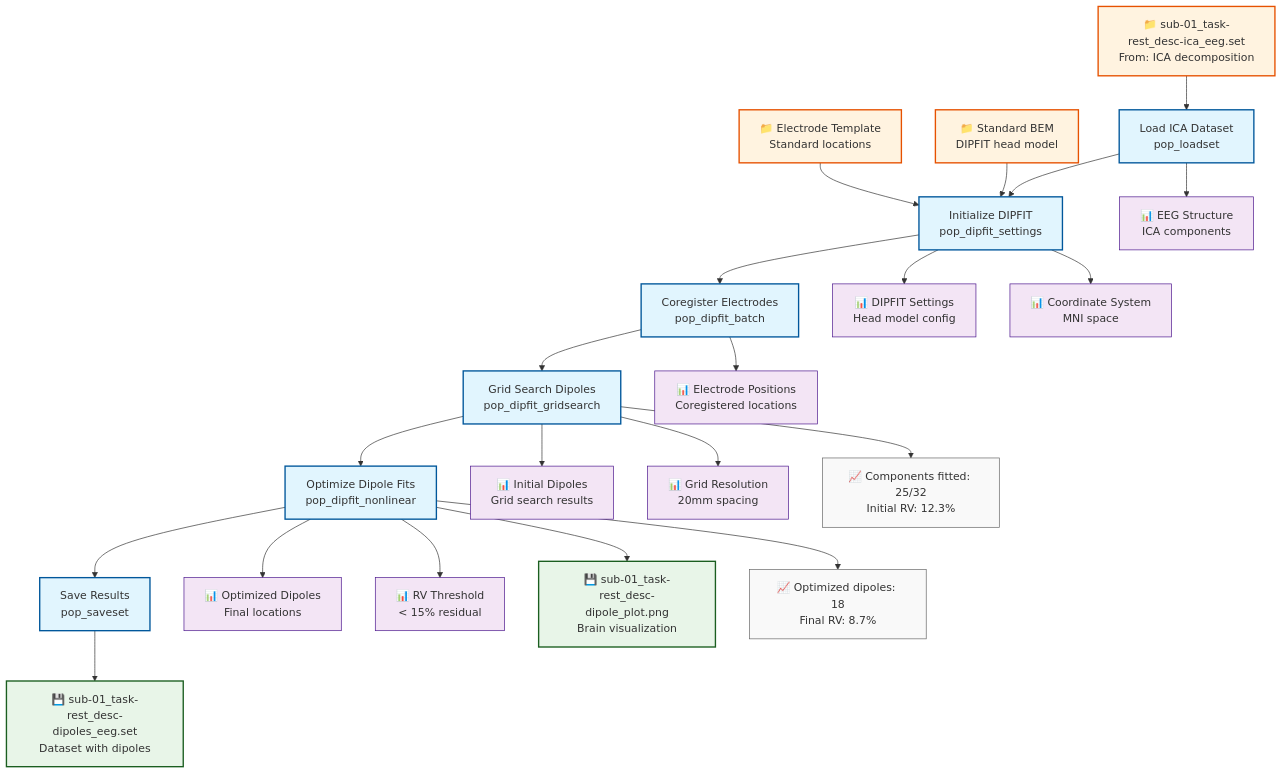
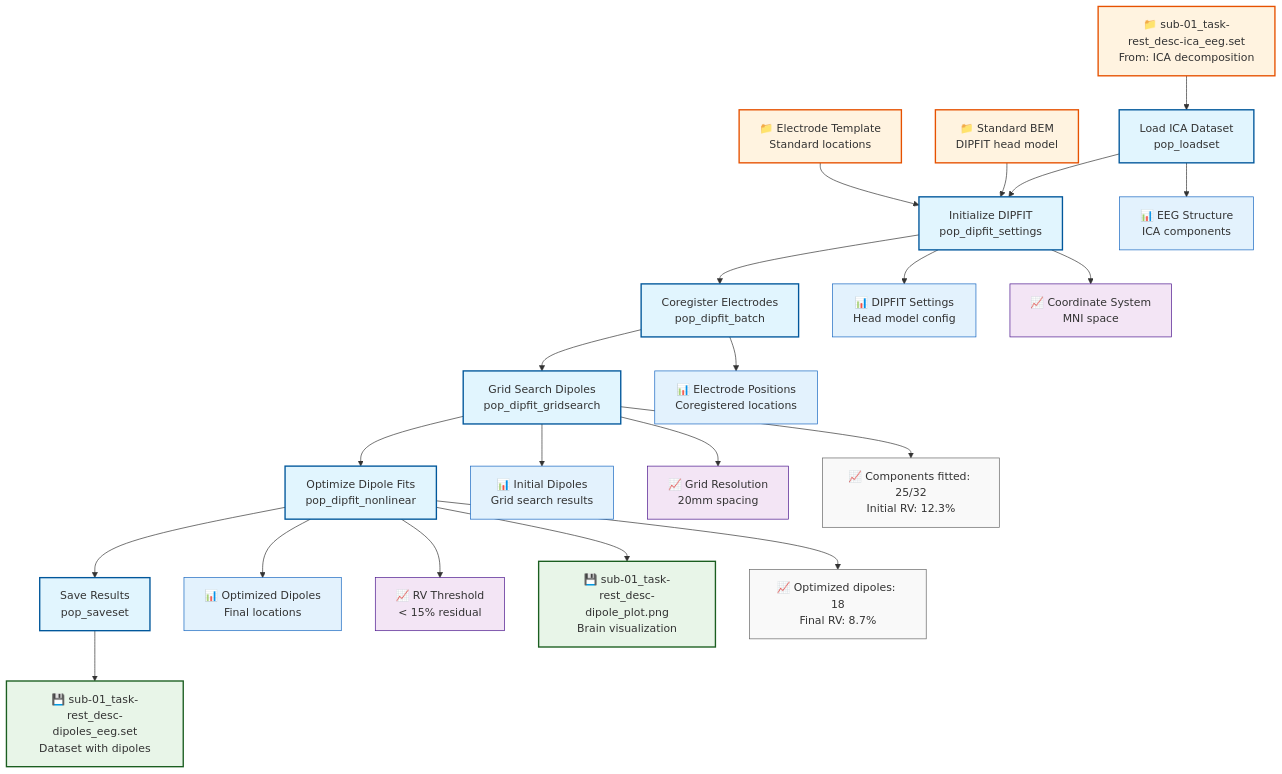
The diagram in docs/examples/source_localization_eeglab.md (signalJourney/signalJourney), drawn with Mermaid before and after one commit. The commit also changed 9 other files, not shown here.

First line of the commit message:
docs: fix inline vs inmemory data distinction in mermaid diagrams

````diff
--- a/docs/examples/source_localization_eeglab.md
+++ b/docs/examples/source_localization_eeglab.md
@@ -17,48 +17,50 @@
 ```mermaid
 flowchart TD
     A[Load ICA Dataset<br/>pop_loadset] --> B[Initialize DIPFIT<br/>pop_dipfit_settings]
     B --> C[Coregister Electrodes<br/>pop_dipfit_batch]
     C --> D[Grid Search Dipoles<br/>pop_dipfit_gridsearch]
     D --> E[Optimize Dipole Fits<br/>pop_dipfit_nonlinear]
     E --> F[Save Results<br/>pop_saveset]
     
     %% Input from ICA pipeline
     G["📁 sub-01_task-rest_desc-ica_eeg.set<br/>From: ICA decomposition"] --> A
     
     %% Head model resources
     H["📁 Standard BEM<br/>DIPFIT head model"] --> B
     I["📁 Electrode Template<br/>Standard locations"] --> B
     
     %% Intermediate outputs
     A --> A1["📊 EEG Structure<br/>ICA components"]
     B --> B1["📊 DIPFIT Settings<br/>Head model config"]
     C --> C1["📊 Electrode Positions<br/>Coregistered locations"]
     D --> D1["📊 Initial Dipoles<br/>Grid search results"]
     E --> E1["📊 Optimized Dipoles<br/>Final locations"]
     
     %% Analysis parameters
-    B --> V1["📊 Coordinate System<br/>MNI space"]
-    D --> V2["📊 Grid Resolution<br/>20mm spacing"]
-    E --> V3["📊 RV Threshold<br/>< 15% residual"]
+    B --> V1["📈 Coordinate System<br/>MNI space"]
+    D --> V2["📈 Grid Resolution<br/>20mm spacing"]
+    E --> V3["📈 RV Threshold<br/>< 15% residual"]
     
     %% Final outputs
     F --> J["💾 sub-01_task-rest_desc-dipoles_eeg.set<br/>Dataset with dipoles"]
     E --> K["💾 sub-01_task-rest_desc-dipole_plot.png<br/>Brain visualization"]
     
     %% Quality metrics
     D --> Q1["📈 Components fitted: 25/32<br/>Initial RV: 12.3%"]
     E --> Q2["📈 Optimized dipoles: 18<br/>Final RV: 8.7%"]
 
     %% Styling
     classDef processStep fill:#e1f5fe,stroke:#01579b,stroke-width:2px
     classDef inputFile fill:#fff3e0,stroke:#e65100,stroke-width:2px
     classDef outputFile fill:#e8f5e8,stroke:#1b5e20,stroke-width:2px
+    classDef inMemoryData fill:#e3f2fd,stroke:#1565c0,stroke-width:1px
     classDef inlineData fill:#f3e5f5,stroke:#4a148c,stroke-width:1px
     classDef qualityMetric fill:#f9f9f9,stroke:#666,stroke-width:1px
 
     class A,B,C,D,E,F processStep
     class G,H,I inputFile
     class J,K outputFile
-    class A1,B1,C1,D1,E1,V1,V2,V3 inlineData
+    class A1,B1,C1,D1,E1 inMemoryData
+    class V1,V2,V3 inlineData
     class Q1,Q2 qualityMetric
 ```
````
